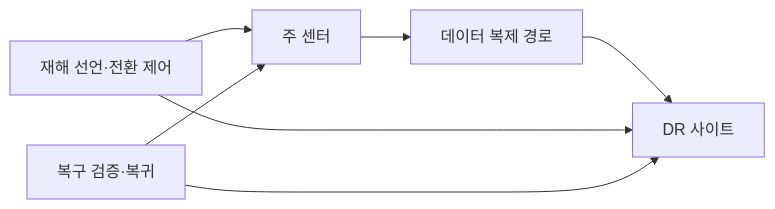
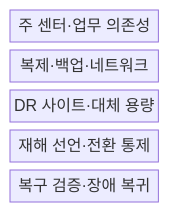
One commit to agnusdei1207/knowledge-base changed the first of 2 diagrams in src/content/docs/notes/06-evaluation/019_disaster_recovery_site.md. Above: the diagram before and after it, drawn with Mermaid. The commit also changed other lines of this file and 6 other files, not shown here.

````diff
--- a/src/content/docs/notes/06-evaluation/019_disaster_recovery_site.md
+++ b/src/content/docs/notes/06-evaluation/019_disaster_recovery_site.md
@@ -60,9 +61,9 @@
 ```mermaid
-flowchart LR
-    A[주 센터] --> B[데이터 복제 경로]
-    B --> C[DR 사이트]
-    D[재해 선언·전환 제어] --> A
-    D --> C
-    E[복구 검증·복귀] --> A
-    E --> C
+block-beta
+  columns 1
+  P["주 센터·업무 의존성"]
+  R["복제·백업·네트워크"]
+  D["DR 사이트·대체 용량"]
+  C["재해 선언·전환 통제"]
+  V["복구 검증·장애 복귀"]
 ```
````
